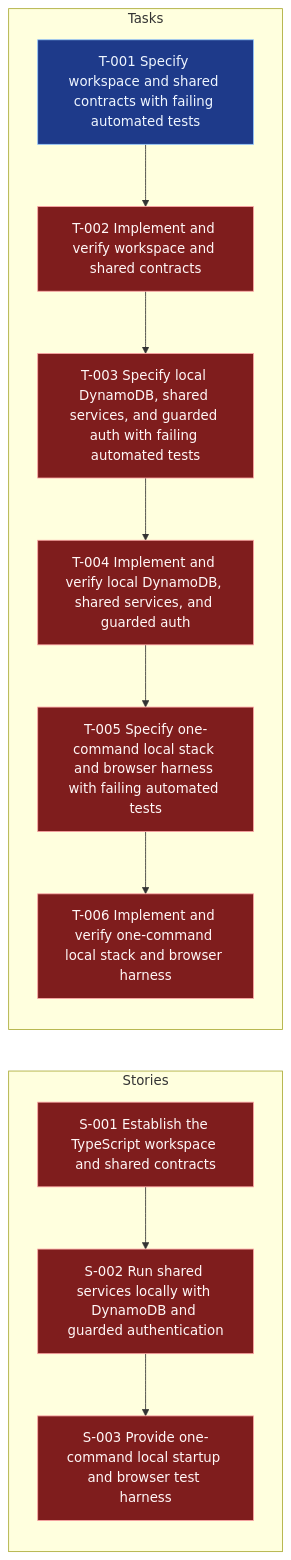
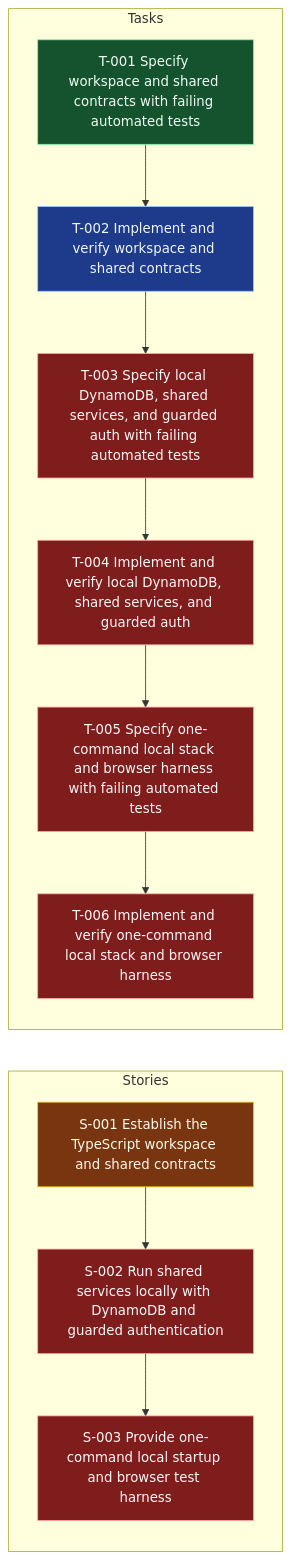
The diagram in .worktracker/graphs/E-001.mmd (andybalham/invite-agent), drawn with Mermaid before and after one commit. The commit also changed 12 other files, not shown here.

Commit message:
feat: Complete implementation of workspace and shared contracts with initial tests and configurations

```diff
--- a/.worktracker/graphs/E-001.mmd
+++ b/.worktracker/graphs/E-001.mmd
@@ -1,35 +1,35 @@
 graph LR
   classDef done fill:#14532d,stroke:#86efac,color:#f0fdf4;
   classDef blocked fill:#7f1d1d,stroke:#fca5a5,color:#fff7f7;
   classDef inprogress fill:#78350f,stroke:#fbbf24,color:#fffbeb;
   classDef todo fill:#1e3a8a,stroke:#93c5fd,color:#eff6ff;
   classDef empty fill:#374151,stroke:#d1d5db,color:#f9fafb,stroke-dasharray: 3 3;
   subgraph Stories
-    S001["S-001 Establish the TypeScript workspace and shared contracts"]:::blocked
+    S001["S-001 Establish the TypeScript workspace and shared contracts"]:::inprogress
     S002["S-002 Run shared services locally with DynamoDB and guarded authentication"]:::blocked
     S003["S-003 Provide one-command local startup and browser test harness"]:::blocked
     S001 --> S002
     S002 --> S003
   end
   subgraph Tasks
-    T001["T-001 Specify workspace and shared contracts with failing automated tests"]:::todo
-    T002["T-002 Implement and verify workspace and shared contracts"]:::blocked
+    T001["T-001 Specify workspace and shared contracts with failing automated tests"]:::done
+    T002["T-002 Implement and verify workspace and shared contracts"]:::todo
     T003["T-003 Specify local DynamoDB, shared services, and guarded auth with failing automated tests"]:::blocked
     T004["T-004 Implement and verify local DynamoDB, shared services, and guarded auth"]:::blocked
     T005["T-005 Specify one-command local stack and browser harness with failing automated tests"]:::blocked
     T006["T-006 Implement and verify one-command local stack and browser harness"]:::blocked
     T001 --> T002
     T002 --> T003
     T003 --> T004
     T004 --> T005
     T005 --> T006
   end
   click S001 "../entities/S-001-establish-the-typescript-workspace-and-shared-contracts.md"
   click S002 "../entities/S-002-run-shared-services-locally-with-dynamodb-and-guarded-authentication.md"
   click S003 "../entities/S-003-provide-one-command-local-startup-and-browser-test-harness.md"
   click T001 "../entities/T-001-specify-workspace-and-shared-contracts-with-failing-automated-tests.md"
   click T002 "../entities/T-002-implement-and-verify-workspace-and-shared-contracts.md"
   click T003 "../entities/T-003-specify-local-dynamodb-shared-services-and-guarded-auth-with-failing-automated-tests.md"
   click T004 "../entities/T-004-implement-and-verify-local-dynamodb-shared-services-and-guarded-auth.md"
   click T005 "../entities/T-005-specify-one-command-local-stack-and-browser-harness-with-failing-automated-tests.md"
   click T006 "../entities/T-006-implement-and-verify-one-command-local-stack-and-browser-harness.md"
```
